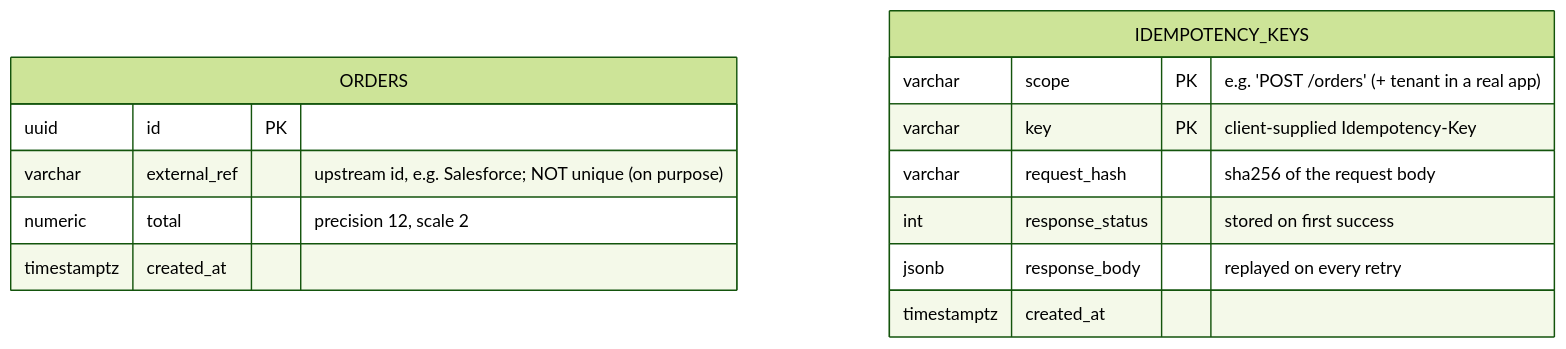
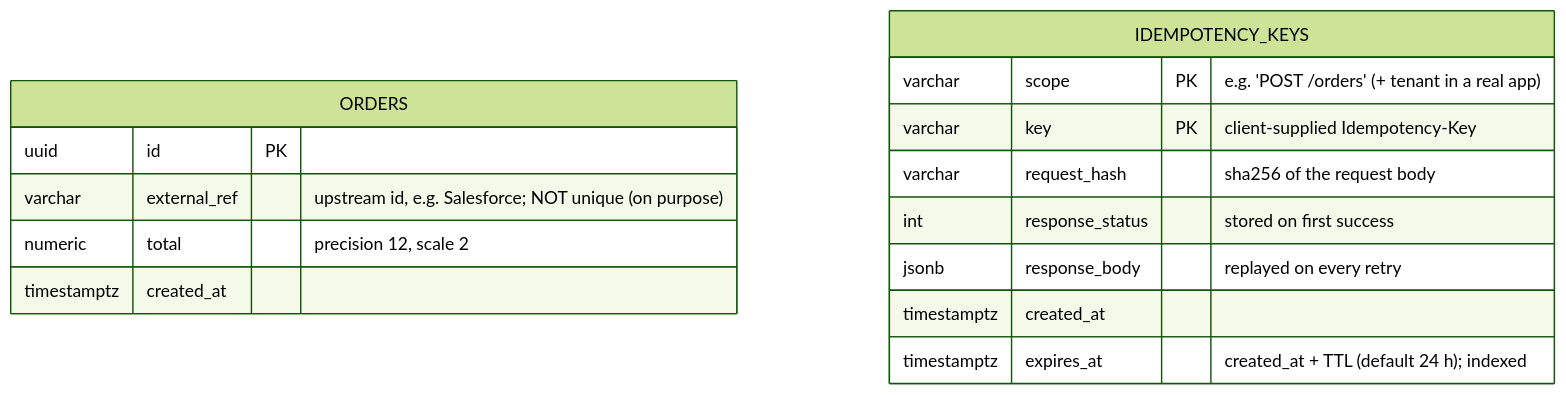
One commit to tarunchopra1012/nestjs-idempotent-orders changed the third of 6 diagrams in docs/ARCHITECTURE.md. Above: the diagram before and after it, drawn with Mermaid (forest theme). The commit also changed other lines of this file and 9 other files, not shown here.

````diff
--- a/docs/ARCHITECTURE.md
+++ b/docs/ARCHITECTURE.md
@@ -102,17 +102,18 @@
 ```mermaid
 erDiagram
     ORDERS {
         uuid id PK
         varchar external_ref "upstream id, e.g. Salesforce; NOT unique (on purpose)"
         numeric total "precision 12, scale 2"
         timestamptz created_at
     }
     IDEMPOTENCY_KEYS {
         varchar scope PK "e.g. 'POST /orders' (+ tenant in a real app)"
         varchar key PK "client-supplied Idempotency-Key"
         varchar request_hash "sha256 of the request body"
         int response_status "stored on first success"
         jsonb response_body "replayed on every retry"
         timestamptz created_at
+        timestamptz expires_at "created_at + TTL (default 24 h); indexed"
     }
 ```
````
